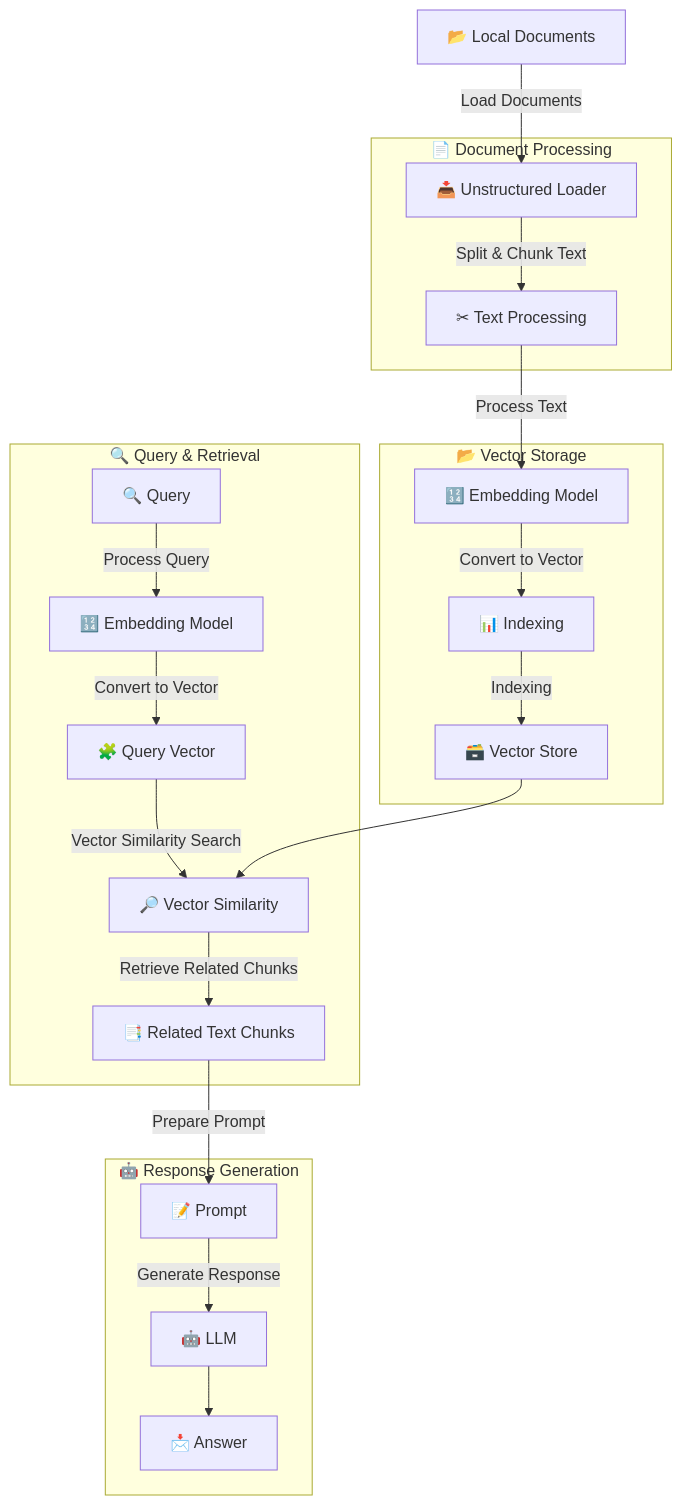
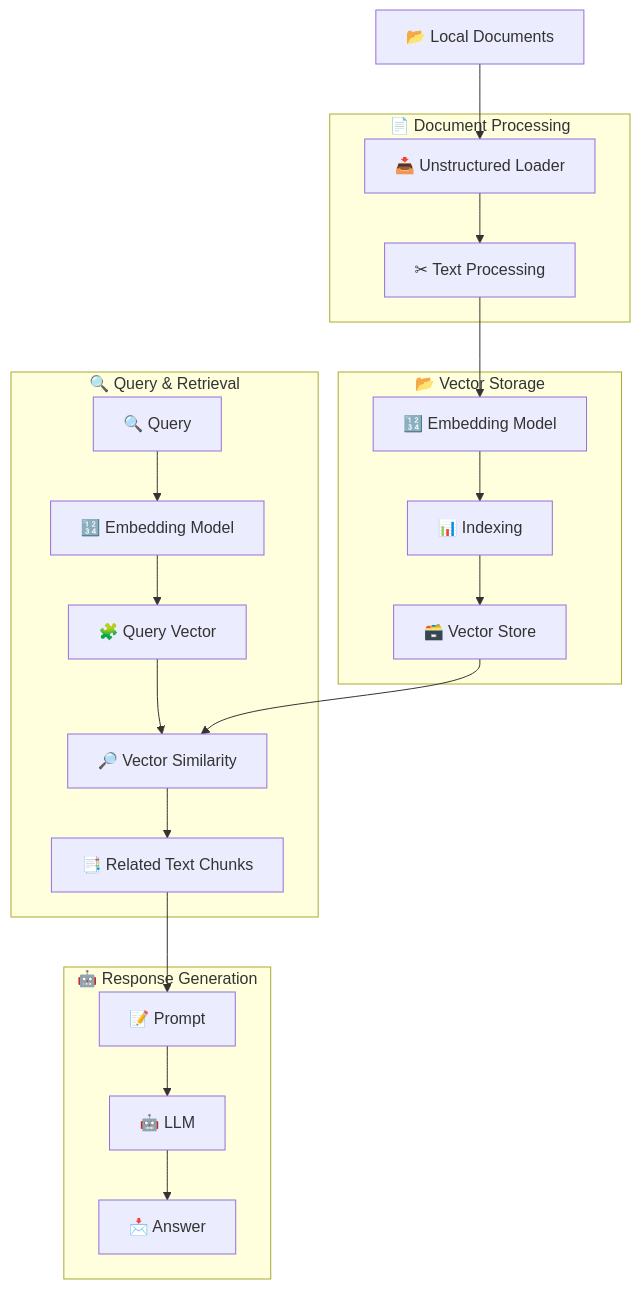
The diagram in RAG.md (Danielyan86/nlp-workshop), drawn with Mermaid before and after one commit.

Commit message:
Refactor flowchart in RAG.md to simplify connections between document processing steps. This change enhances readability by removing unnecessary labels while maintaining the overall structure of the pipeline.

````diff
--- a/RAG.md
+++ b/RAG.md
@@ -46,46 +46,46 @@
 ```mermaid
 flowchart TD
     %% Document Processing
     subgraph subGraph0["📄 Document Processing"]
         B["📥 Unstructured Loader"]
         C["✂ Text Processing"]
     end
 
     %% Vector Storage
     subgraph subGraph1["📂 Vector Storage"]
         E["🔢 Embedding Model"]
         F["📊 Indexing"]
         G["🗃️ Vector Store"]
     end
 
     %% Query & Retrieval
     subgraph subGraph2["🔍 Query & Retrieval"]
         H["🔍 Query"]
         I["🔢 Embedding Model"]
         J["🧩 Query Vector"]
         K["🔎 Vector Similarity"]
         L["📑 Related Text Chunks"]
     end
 
     %% Response Generation
     subgraph subGraph3["🤖 Response Generation"]
         M["📝 Prompt"]
         N["🤖 LLM"]
         O["📩 Answer"]
     end
 
     %% Flow connections
-    A["📂 Local Documents"] -->|Load Documents| B
-    B -->|Split & Chunk Text| C
-    C -->|Process Text| E
-    E -->|Convert to Vector| F
-    F -->|Indexing| G
-    H -->|Process Query| I
-    I -->|Convert to Vector| J
-    J -->|Vector Similarity Search| K
-    K -->|Retrieve Related Chunks| L
-    L -->|Prepare Prompt| M
-    M -->|Generate Response| N
+    A["📂 Local Documents"] --> B
+    B --> C
+    C --> E
+    E --> F
+    F --> G
+    H --> I
+    I --> J
+    J --> K
+    K --> L
+    L --> M
+    M --> N
     N --> O
     G --> K
 ```
````
